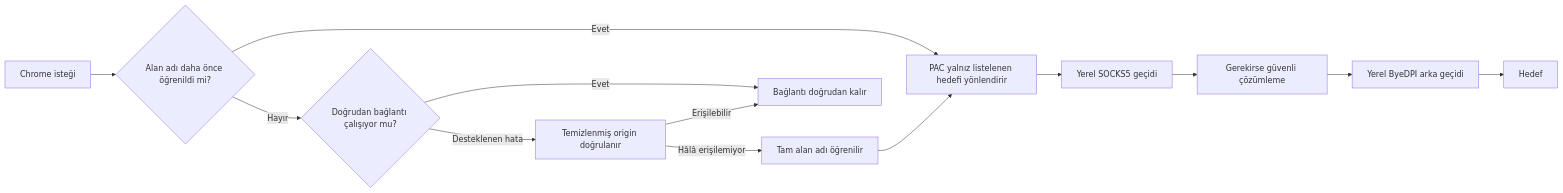
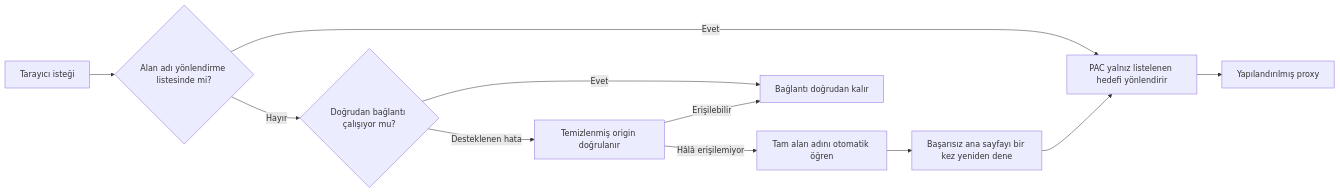
Before and after one commit to EzerchE/selective-access: the diagram in README_TR.md, drawn with Mermaid. The commit also changed other lines of this file and 1 other file, not shown here.

````diff
--- a/README_TR.md
+++ b/README_TR.md
@@ -27,15 +29,13 @@
 ```mermaid
 flowchart LR
-    A[Chrome isteği] --> B{Alan adı daha önce öğrenildi mi?}
+    A[Tarayıcı isteği] --> B{Alan adı yönlendirme listesinde mi?}
     B -->|Evet| F[PAC yalnız listelenen hedefi yönlendirir]
     B -->|Hayır| C{Doğrudan bağlantı çalışıyor mu?}
     C -->|Evet| D[Bağlantı doğrudan kalır]
     C -->|Desteklenen hata| E[Temizlenmiş origin doğrulanır]
     E -->|Erişilebilir| D
-    E -->|Hâlâ erişilemiyor| G[Tam alan adı öğrenilir]
-    G --> F
-    F --> H[Yerel SOCKS5 geçidi]
-    H --> I[Gerekirse güvenli çözümleme]
-    I --> J[Yerel ByeDPI arka geçidi]
-    J --> K[Hedef]
+    E -->|Hâlâ erişilemiyor| G[Tam alan adını otomatik öğren]
+    G --> J[Başarısız ana sayfayı bir kez yeniden dene]
+    J --> F
+    F --> H[Yapılandırılmış proxy]
 ```
````
